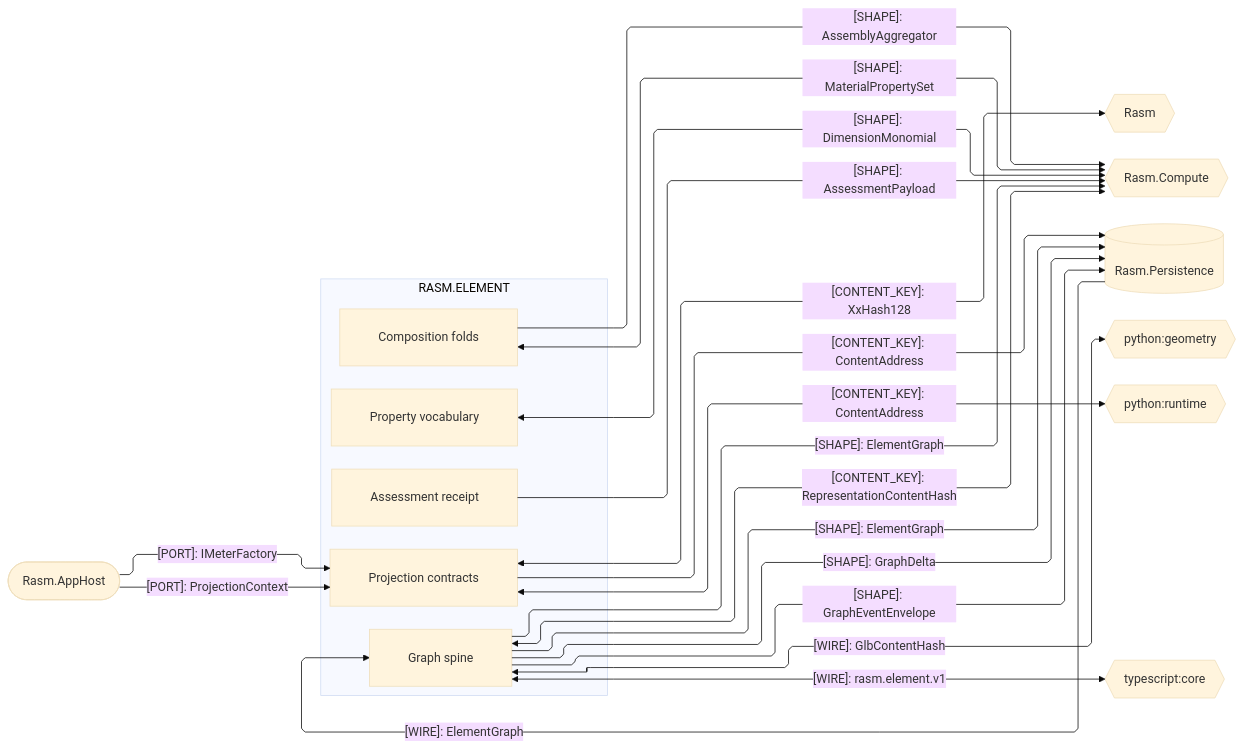
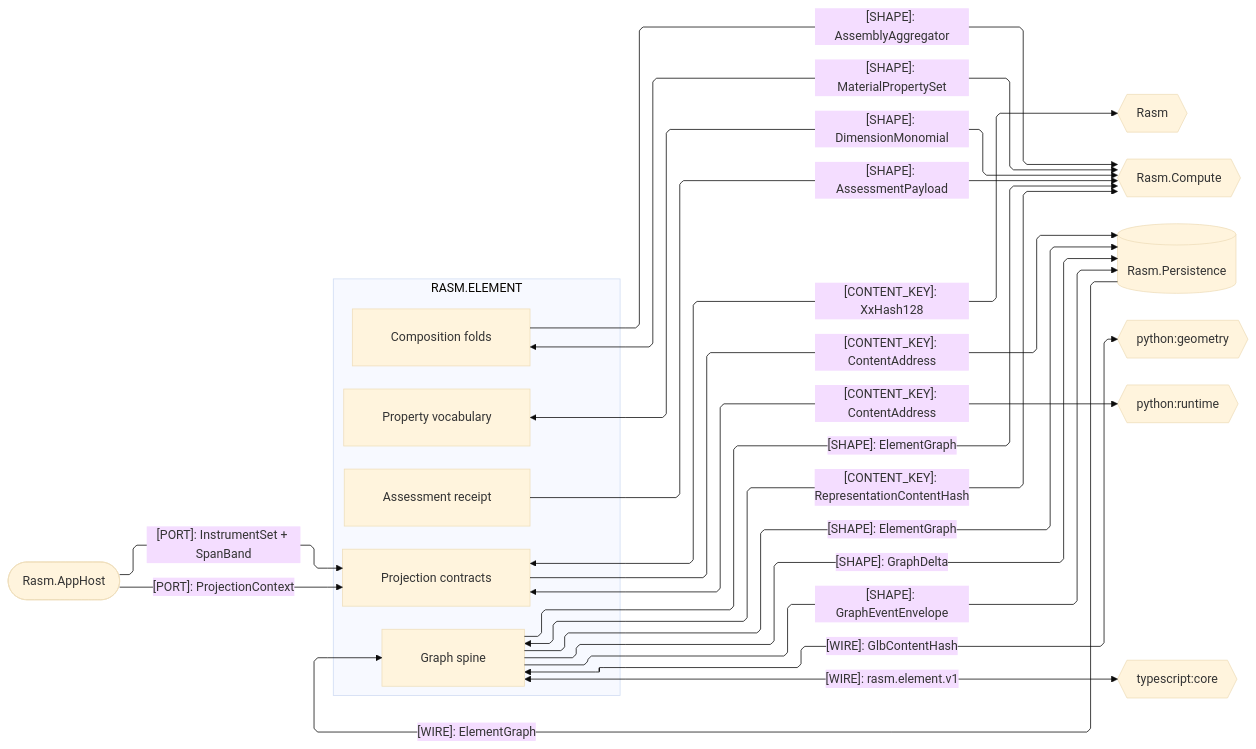
One commit to bsamiee/Rasm changed the third of 3 diagrams in libs/csharp/Rasm.Element/ARCHITECTURE.md. Above: the diagram before and after it, drawn with Mermaid (base theme). The commit also changed other lines of this file and 249 other files, not shown here.

````diff
--- a/libs/csharp/Rasm.Element/ARCHITECTURE.md
+++ b/libs/csharp/Rasm.Element/ARCHITECTURE.md
@@ -152,43 +162,43 @@
 ```mermaid
 ---
 config:
   layout: elk
   flowchart:
     curve: linear
     padding: 25
 ---
 flowchart LR
     accTitle: Element platform and cross-runtime wire seams
     accDescr: Element sub-domain owners exchanging content keys, shapes, and wires with the kernel, app host, compute, persistence, and the Python and TypeScript peers, one edge per contract family mirrored on the counterpart folder.
     subgraph element[RASM.ELEMENT]
         Graph[Graph spine]
         Projection[Projection contracts]
         Composition[Composition folds]
         Properties[Property vocabulary]
         Assessment[Assessment receipt]
     end
     Rasm{{Rasm}}
     AppHost([Rasm.AppHost])
     Compute{{Rasm.Compute}}
     Persistence[(Rasm.Persistence)]
     Geometry{{python:geometry}}
     Runtime{{python:runtime}}
     Core{{typescript:core}}
     Projection <-->|"[CONTENT_KEY]: XxHash128"| Rasm
     AppHost -->|"[PORT]: ProjectionContext"| Projection
-    AppHost -->|"[PORT]: IMeterFactory"| Projection
+    AppHost -->|"[PORT]: InstrumentSet + SpanBand"| Projection
     Projection -->|"[CONTENT_KEY]: ContentAddress"| Persistence
     Graph -->|"[SHAPE]: ElementGraph"| Persistence
     Graph -->|"[SHAPE]: GraphDelta"| Persistence
     Graph -->|"[SHAPE]: GraphEventEnvelope"| Persistence
     Persistence -->|"[WIRE]: ElementGraph"| Graph
     Graph <-->|"[CONTENT_KEY]: RepresentationContentHash"| Compute
     Composition -->|"[SHAPE]: AssemblyAggregator"| Compute
     Composition <-->|"[SHAPE]: MaterialPropertySet"| Compute
     Properties <-->|"[SHAPE]: DimensionMonomial"| Compute
     Assessment -->|"[SHAPE]: AssessmentPayload"| Compute
     Graph -->|"[SHAPE]: ElementGraph"| Compute
     Graph <-->|"[WIRE]: GlbContentHash"| Geometry
     Projection <-->|"[CONTENT_KEY]: ContentAddress"| Runtime
     Graph <-->|"[WIRE]: rasm.element.v1"| Core
 ```
````
